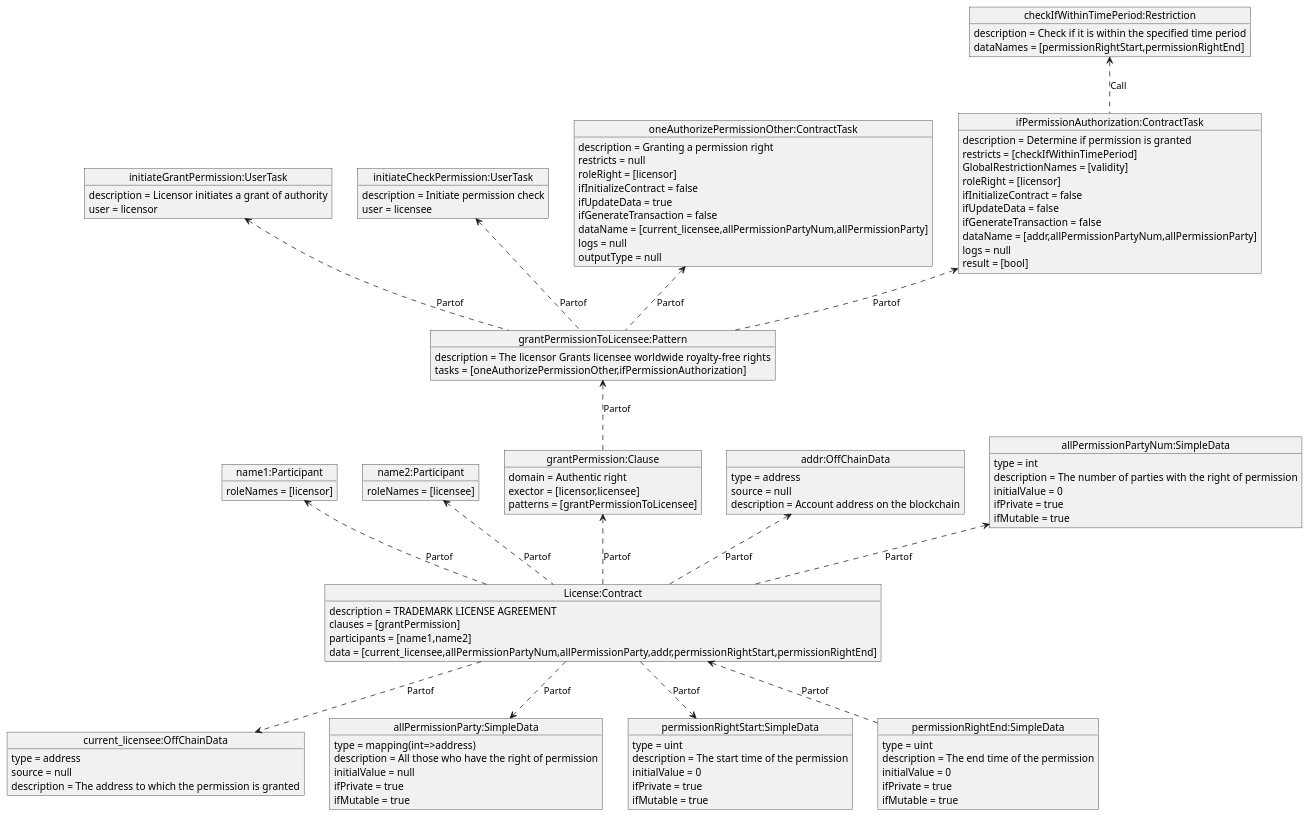
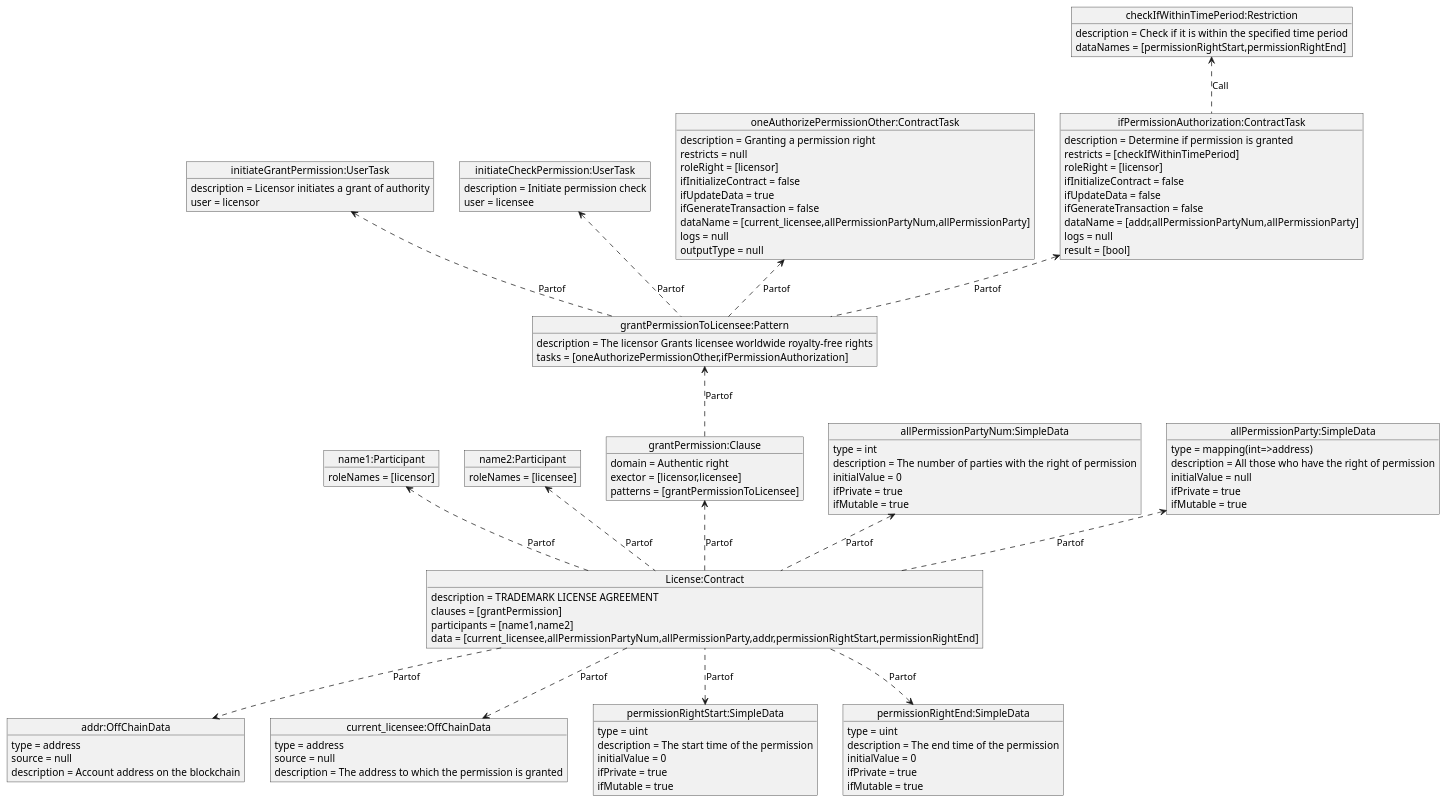
Before and after one commit to HIT-LWY/sc_MDA_code: the diagram in plantUML_dia/a.puml, drawn with PlantUML. The commit also changed 2 other files, not shown here.

```diff
--- a/plantUML_dia/a.puml
+++ b/plantUML_dia/a.puml
@@ -1,97 +1,97 @@
 @startuml
 'https://plantuml.com/object-diagram
-'left to right direction
 object "License:Contract" as o1
 o1 : description = TRADEMARK LICENSE AGREEMENT
 o1 : clauses = [grantPermission]
 o1 : participants = [name1,name2]
 o1 : data = [current_licensee,allPermissionPartyNum,allPermissionParty,addr,permissionRightStart,permissionRightEnd]
 object "name1:Participant" as o2
 o2 : roleNames = [licensor]
 o2<..o1 : Partof
 object "name2:Participant" as o3
 o3 : roleNames = [licensee]
 o3<..o1 : Partof
 object "grantPermission:Clause" as o4
 o4 : domain = Authentic right
 o4 : exector = [licensor,licensee]
 o4 : patterns = [grantPermissionToLicensee]
 o4<..o1 : Partof
 object "grantPermissionToLicensee:Pattern" as o5
 o5 : description = The licensor Grants licensee worldwide royalty-free rights
 o5 : tasks = [oneAuthorizePermissionOther,ifPermissionAuthorization]
 o5<..o4 : Partof
 object "initiateGrantPermission:UserTask" as o9
 o9 : description = Licensor initiates a grant of authority
 o9 : user = licensor
 o9<..o5 : Partof
 object "initiateCheckPermission:UserTask" as o10
 o10 : description = Initiate permission check
 o10 : user = licensee
 o10<..o5 : Partof
 object "oneAuthorizePermissionOther:ContractTask" as o6
 o6 : description = Granting a permission right
 o6 : restricts = null
 o6 : roleRight = [licensor]
 o6 : ifInitializeContract = false
 o6 : ifUpdateData = true
 o6 : ifGenerateTransaction = false
 o6 : dataName = [current_licensee,allPermissionPartyNum,allPermissionParty]
 o6 : logs = null
 o6 : outputType = null
 o6<..o5 : Partof
 object "ifPermissionAuthorization:ContractTask" as o7
 o7 : description = Determine if permission is granted
 o7 : restricts = [checkIfWithinTimePeriod]
-o7 : GlobalRestrictionNames = [validity]
 o7 : roleRight = [licensor]
 o7 : ifInitializeContract = false
 o7 : ifUpdateData = false
 o7 : ifGenerateTransaction = false
 o7 : dataName = [addr,allPermissionPartyNum,allPermissionParty]
 o7 : logs = null
 o7 : result = [bool]
 o7<..o5 : Partof
 object "checkIfWithinTimePeriod:Restriction" as o8
 o8 : description = Check if it is within the specified time period
 o8 : dataNames = [permissionRightStart,permissionRightEnd]
 o8<..o7 : Call
 object "addr:OffChainData" as o63
 o63 : type = address
 o63 : source = null
 o63 : description = Account address on the blockchain
-o63<..o1 : Partof
+o1..>o63 : Partof
 object "current_licensee:OffChainData" as o64
 o64 : type = address
 o64 : source = null
 o64 : description = The address to which the permission is granted
 o1..>o64 : Partof
 object "allPermissionPartyNum:SimpleData" as o65
 o65 : type = int
 o65 : description = The number of parties with the right of permission
 o65 : initialValue = 0
 o65 : ifPrivate = true
 o65 : ifMutable = true
 o65<..o1 : Partof
 object "allPermissionParty:SimpleData" as o66
 o66 : type = mapping(int=>address)
 o66 : description = All those who have the right of permission
 o66 : initialValue = null
 o66 : ifPrivate = true
 o66 : ifMutable = true
-o1..>o66 : Partof
+o66<..o1 : Partof
 object "permissionRightStart:SimpleData" as o61
 o61 : type = uint
 o61 : description = The start time of the permission
 o61 : initialValue = 0
 o61 : ifPrivate = true
 o61 : ifMutable = true
-o1..>o61 : Partof
+o61<..o1 : Partof
 object "permissionRightEnd:SimpleData" as o62
 o62 : type = uint
 o62 : description = The end time of the permission
 o62 : initialValue = 0
 o62 : ifPrivate = true
 o62 : ifMutable = true
-o1<..o62 : Partof
+o62<..o1 : Partof
+o1 --[hidden] o62
+o1 --[hidden] o61
 @enduml
```
